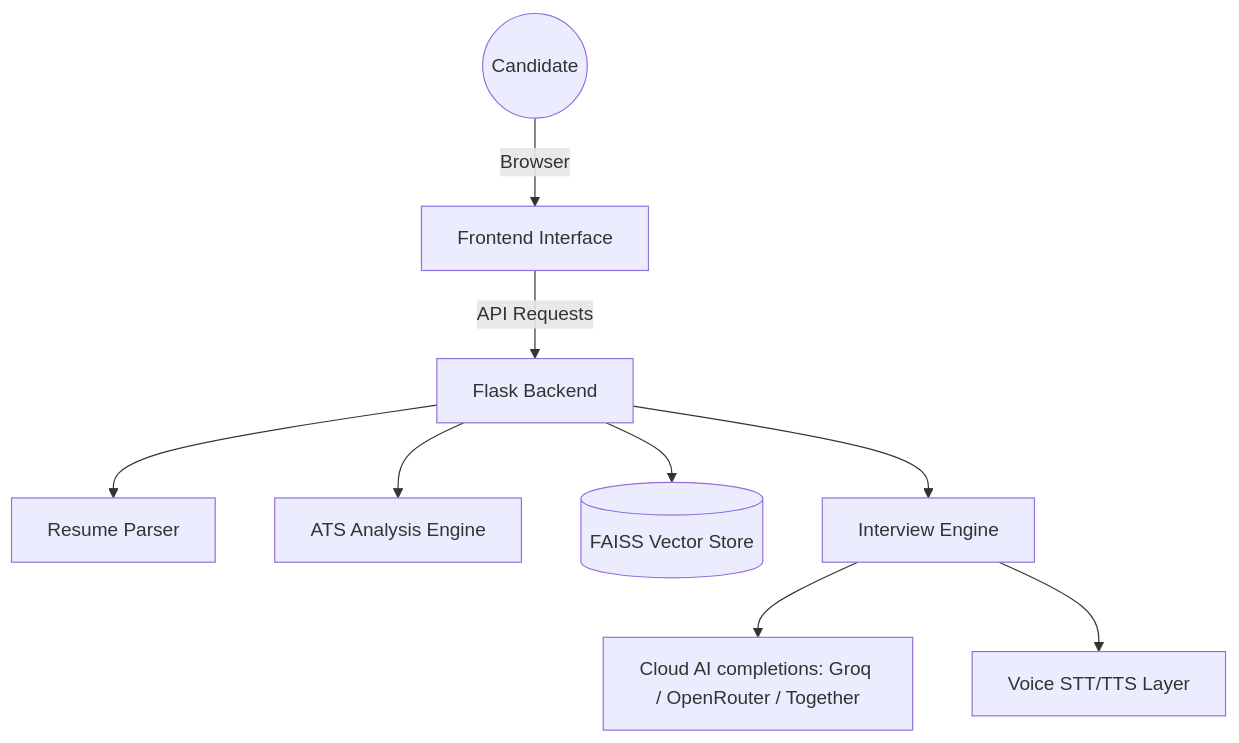
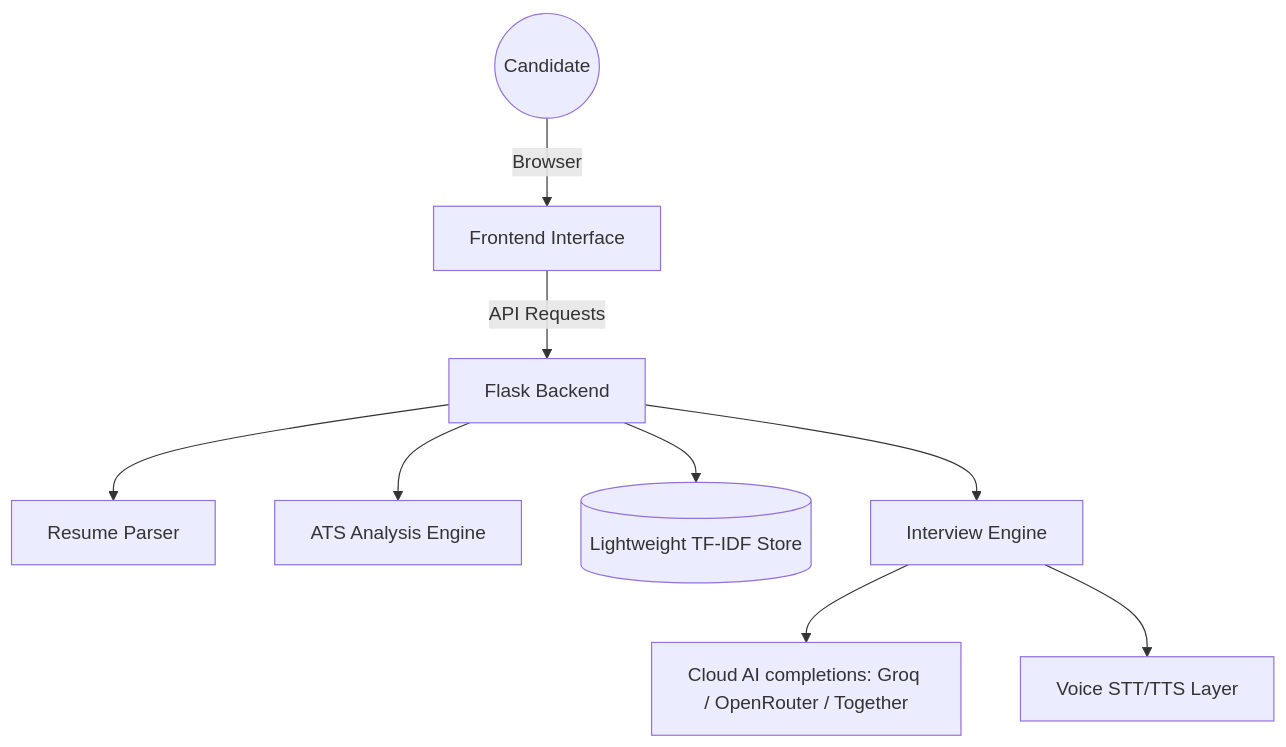
One commit to deepak050805/HireIntel-AI changed the diagram in README.md. Above: the diagram before and after it, drawn with Mermaid. The commit also changed other lines of this file and 4 other files, not shown here.

Commit message:
Refactor to lightweight deployment architecture

````diff
--- a/README.md
+++ b/README.md
@@ -54,13 +56,13 @@
 ```mermaid
 graph TD
     User((Candidate)) -->|Browser| UI[Frontend Interface]
     UI -->|API Requests| API[Flask Backend]
 
     API --> Parser[Resume Parser]
     API --> ATS[ATS Analysis Engine]
-    API --> FAISS[(FAISS Vector Store)]
+    API --> TFIDF[(Lightweight TF-IDF Store)]
     API --> Engine[Interview Engine]
 
     Engine --> CloudLLM[Cloud AI completions: Groq / OpenRouter / Together]
     Engine --> Voice[Voice STT/TTS Layer]
 ```
````
